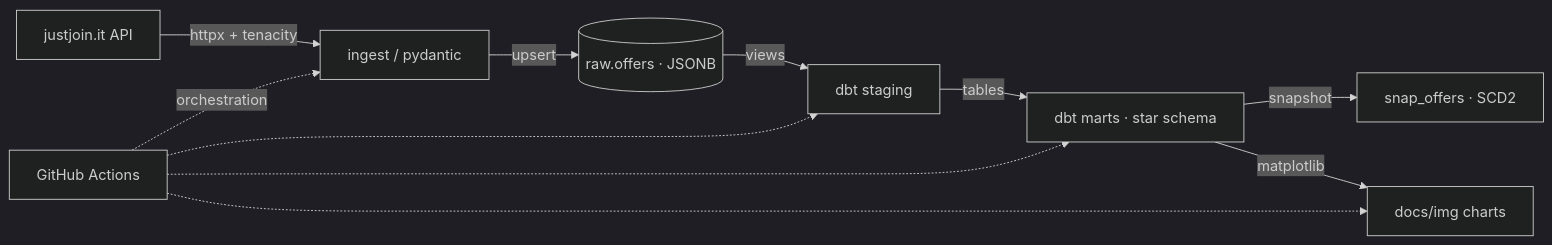
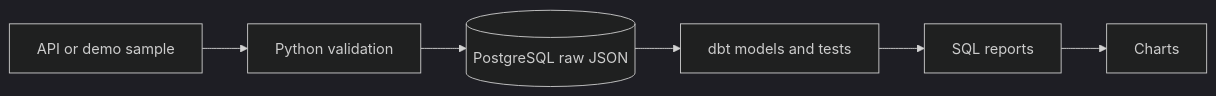
One commit to marek-sleszynski/poznan-it-market changed the diagram in README.md. Above: the diagram before and after it, drawn with Mermaid (dark theme). The commit also changed other lines of this file, not shown here.

Commit message:
docs: align README with the current pipeline and demo

````diff
--- a/README.md
+++ b/README.md
@@ -26,13 +28,8 @@
 ```mermaid
 flowchart LR
-    A[justjoin.it API] -->|httpx + tenacity| B[ingest / pydantic]
-    B -->|upsert| C[(raw.offers · JSONB)]
-    C -->|views| D[dbt staging]
-    D -->|tables| E[dbt marts · star schema]
-    E -->|snapshot| F[snap_offers · SCD2]
-    E -->|matplotlib| G[docs/img charts]
-    H[GitHub Actions] -.orchestration.-> B
-    H -.-> D
-    H -.-> E
-    H -.-> G
+    A[API or demo sample] --> B[Python validation]
+    B --> C[(PostgreSQL raw JSON)]
+    C --> D[dbt models and tests]
+    D --> E[SQL reports]
+    E --> F[Charts]
 ```
````
